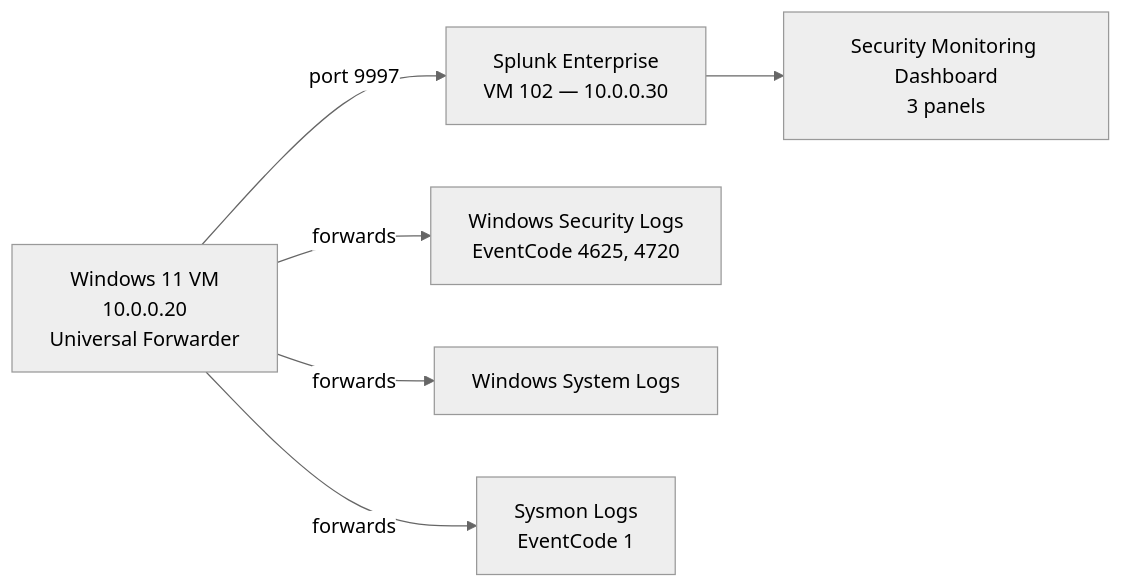
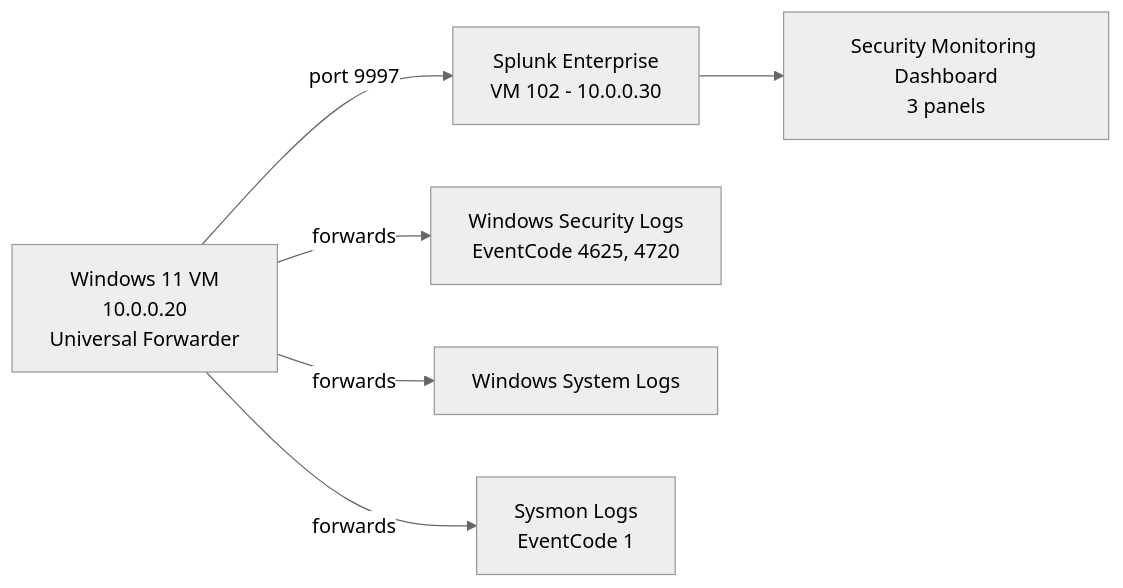
One commit to tahmidislam2003/splunk-siem-lab changed the diagram in README.md. Above: the diagram before and after it, drawn with Mermaid (neutral theme). The commit also changed other lines of this file, not shown here.

````diff
--- a/README.md
+++ b/README.md
@@ -9,8 +9,8 @@
 ```mermaid
 graph LR
-    A[Windows 11 VM<br/>10.0.0.20<br/>Universal Forwarder] -->|port 9997| B[Splunk Enterprise<br/>VM 102 — 10.0.0.30]
+    A[Windows 11 VM<br/>10.0.0.20<br/>Universal Forwarder] -->|port 9997| B[Splunk Enterprise<br/>VM 102 - 10.0.0.30]
     A -->|forwards| C[Windows Security Logs<br/>EventCode 4625, 4720]
     A -->|forwards| D[Windows System Logs]
     A -->|forwards| E[Sysmon Logs<br/>EventCode 1]
     B --> F[Security Monitoring Dashboard<br/>3 panels]
 ```
````
